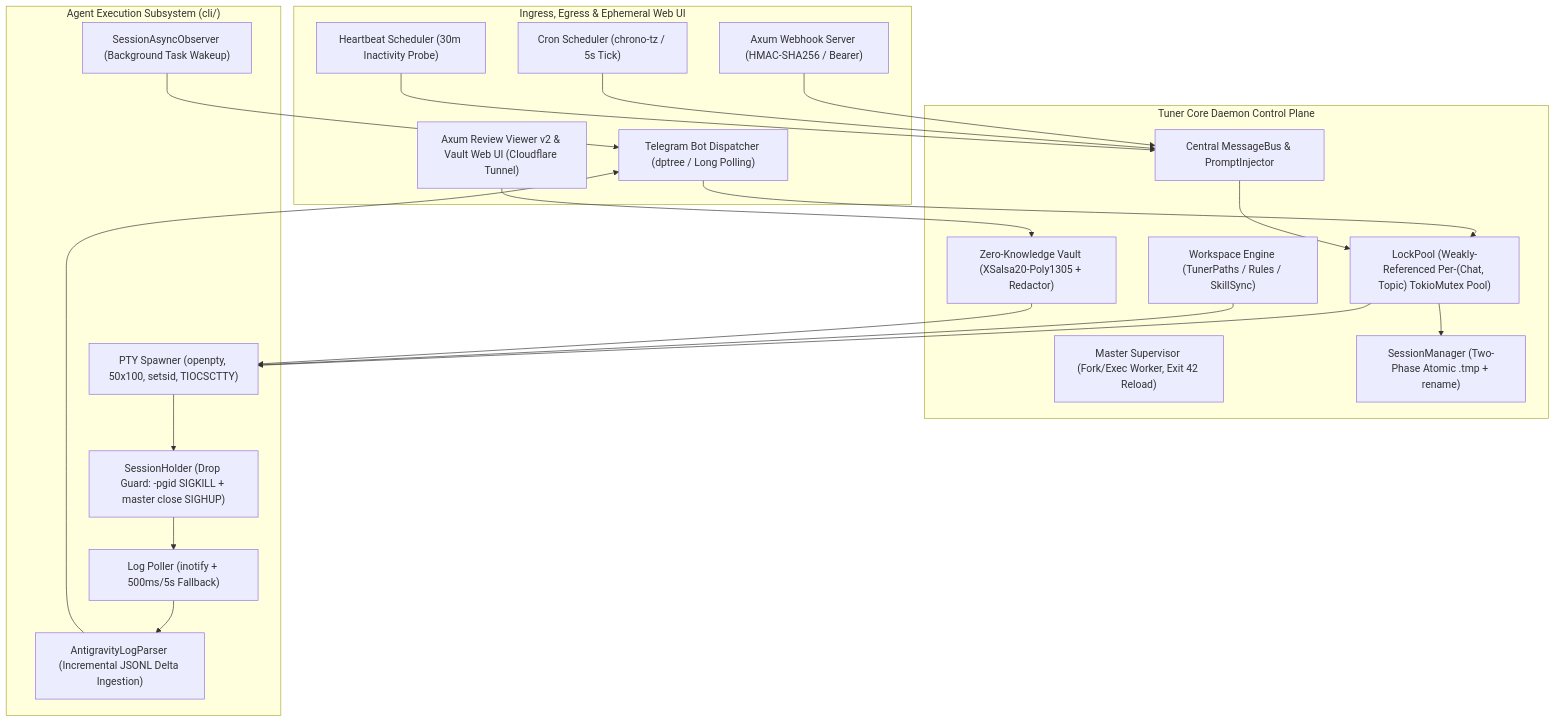
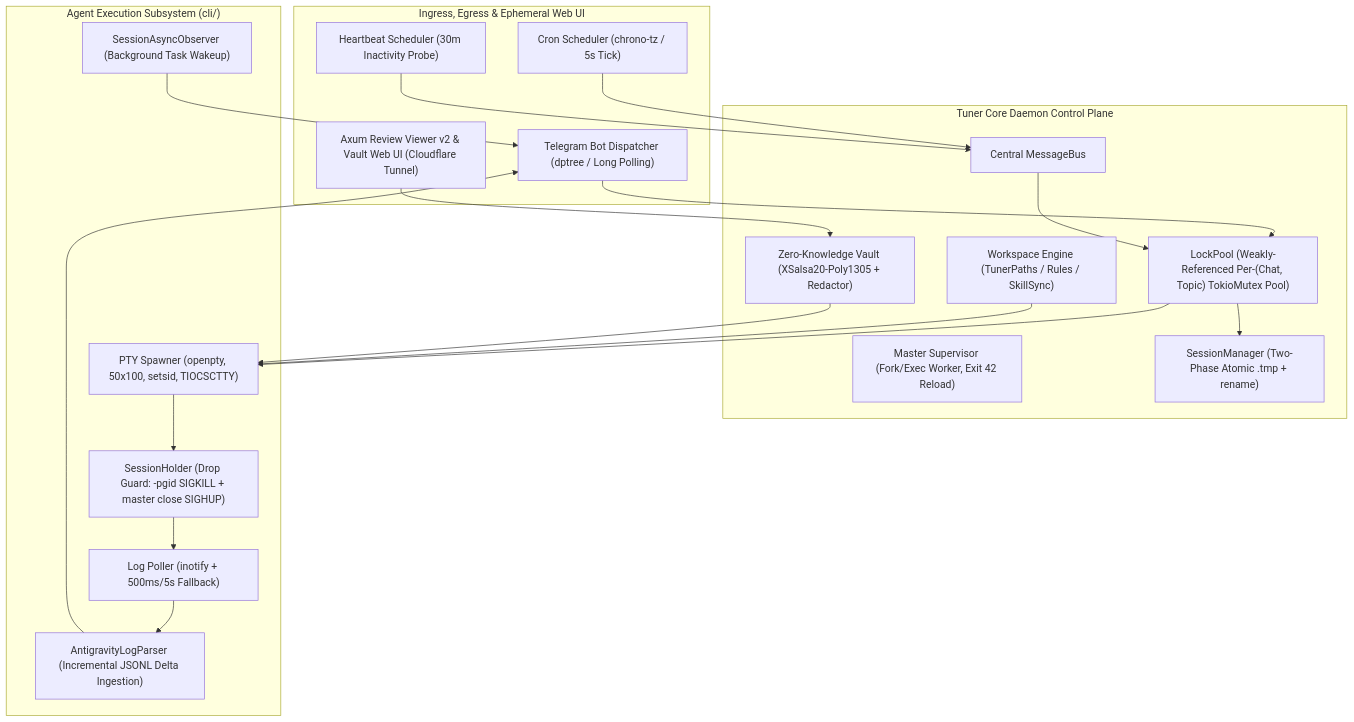
The diagram in ARCHITECTURE.md (imwoo90/tuner), drawn with Mermaid before and after one commit. The commit also changed other lines of this file and 68 other files, not shown here.

````diff
--- a/ARCHITECTURE.md
+++ b/ARCHITECTURE.md
@@ -20,43 +20,41 @@
 ```mermaid
 graph TD
     subgraph Transports["Ingress, Egress & Ephemeral Web UI"]
         TG["Telegram Bot Dispatcher (dptree / Long Polling)"]
-        WH["Axum Webhook Server (HMAC-SHA256 / Bearer)"]
         RV["Axum Review Viewer v2 & Vault Web UI (Cloudflare Tunnel)"]
         CronSched["Cron Scheduler (chrono-tz / 5s Tick)"]
         HbSched["Heartbeat Scheduler (30m Inactivity Probe)"]
     end
 
     subgraph CoreDaemon["Tuner Core Daemon Control Plane"]
         Supervisor["Master Supervisor (Fork/Exec Worker, Exit 42 Reload)"]
-        Bus["Central MessageBus & PromptInjector"]
+        Bus["Central MessageBus"]
         LockPool["LockPool (Weakly-Referenced Per-(Chat, Topic) TokioMutex Pool)"]
         SessionMgr["SessionManager (Two-Phase Atomic .tmp + rename)"]
         WorkspaceMgr["Workspace Engine (TunerPaths / Rules / SkillSync)"]
         VaultStore["Zero-Knowledge Vault (XSalsa20-Poly1305 + Redactor)"]
     end
 
     subgraph AgentRuntime["Agent Execution Subsystem (cli/)"]
         PTY["PTY Spawner (openpty, 50x100, setsid, TIOCSCTTY)"]
         Holder["SessionHolder (Drop Guard: -pgid SIGKILL + master close SIGHUP)"]
         Poller["Log Poller (inotify + 500ms/5s Fallback)"]
         Parser["AntigravityLogParser (Incremental JSONL Delta Ingestion)"]
         AsyncObs["SessionAsyncObserver (Background Task Wakeup)"]
     end
 
     TG --> LockPool
-    WH --> Bus
     RV --> VaultStore
     CronSched --> Bus
     HbSched --> Bus
     Bus --> LockPool
     LockPool --> SessionMgr
     LockPool --> PTY
     WorkspaceMgr --> PTY
     VaultStore --> PTY
     PTY --> Holder
     Holder --> Poller
     Poller --> Parser
     Parser --> TG
     AsyncObs --> TG
 ```
````
